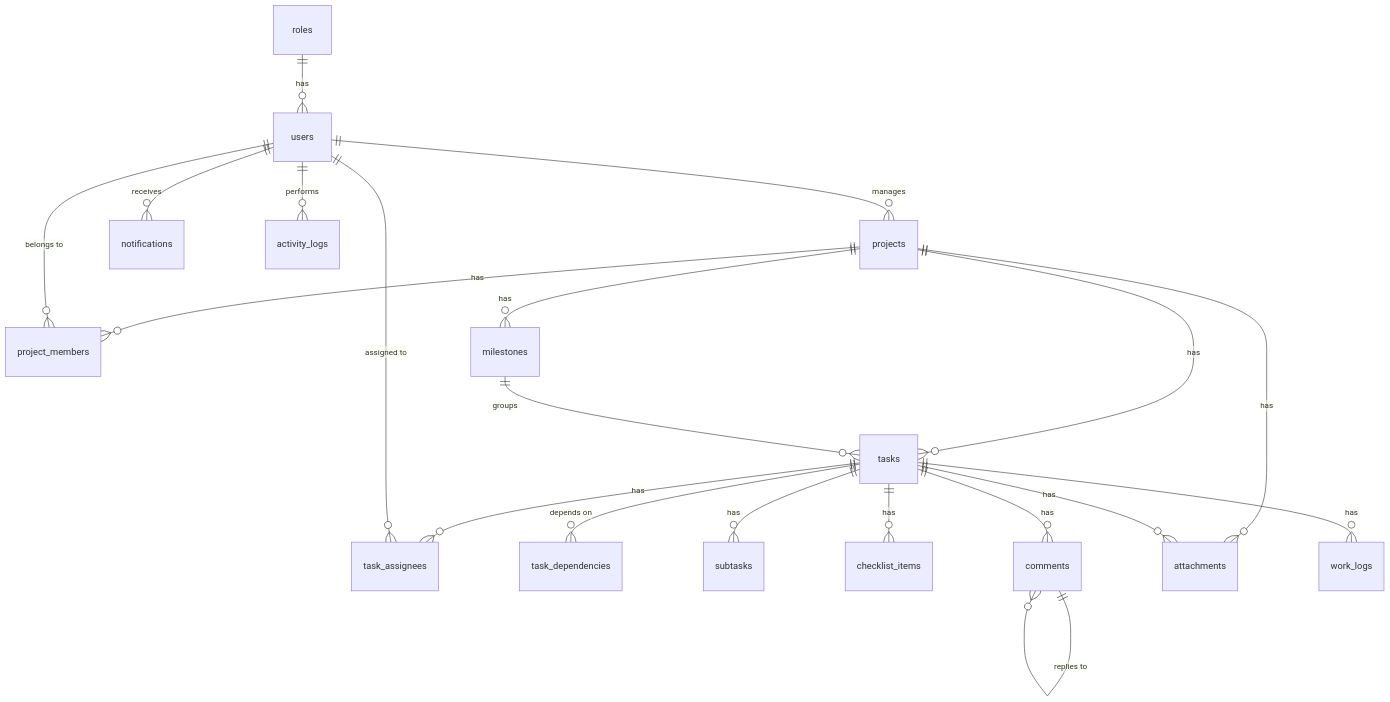
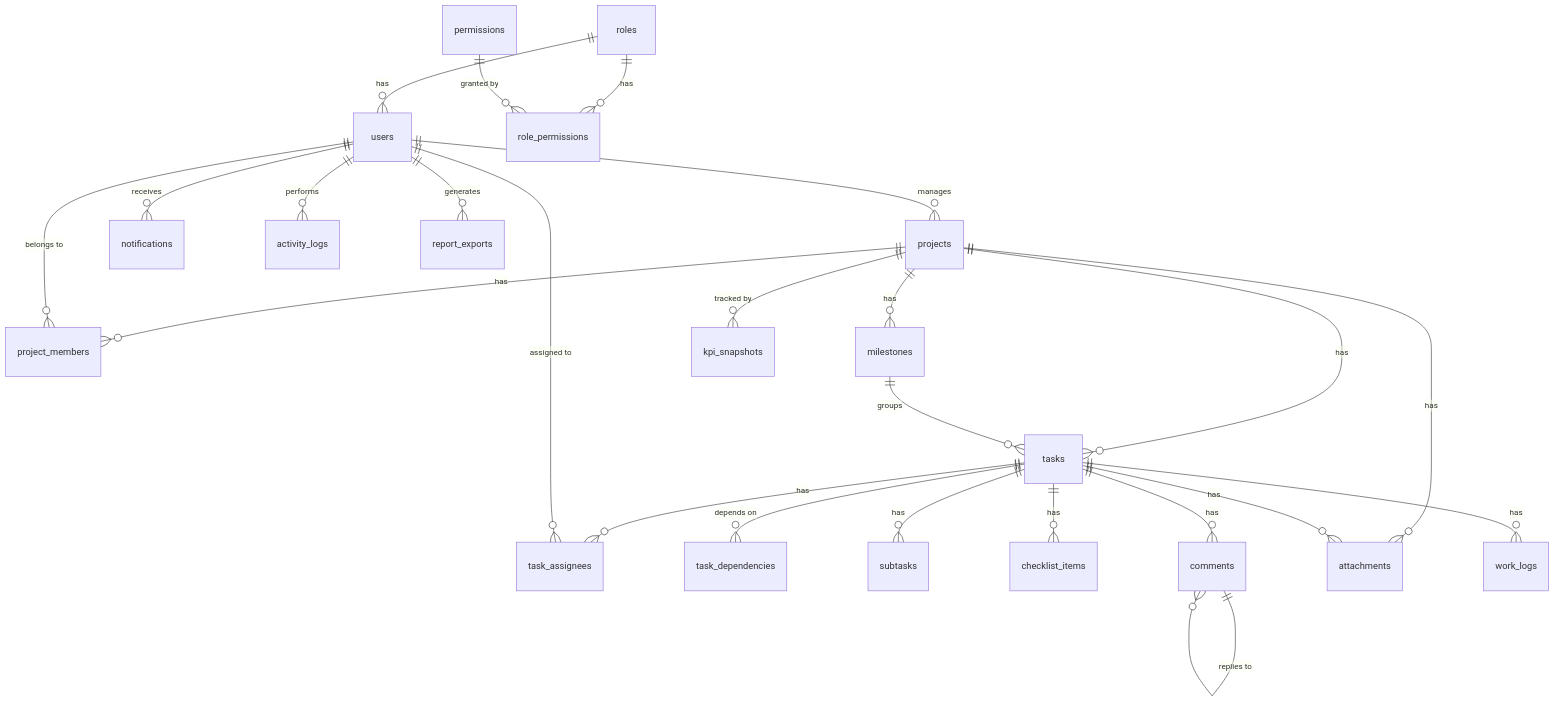
The diagram in database/README.md (SoksovannarithNao/ProjectManagementSystem), drawn with Mermaid before and after one commit. The commit also changed other lines of this file and 9 other files, not shown here.

````diff
--- a/database/README.md
+++ b/database/README.md
@@ -54,22 +54,26 @@
 ```mermaid
 erDiagram
     roles ||--o{ users : "has"
+    roles ||--o{ role_permissions : "has"
+    permissions ||--o{ role_permissions : "granted by"
     users ||--o{ projects : "manages"
     projects ||--o{ project_members : "has"
     users ||--o{ project_members : "belongs to"
     projects ||--o{ milestones : "has"
     projects ||--o{ tasks : "has"
     milestones ||--o{ tasks : "groups"
     tasks ||--o{ task_assignees : "has"
     users ||--o{ task_assignees : "assigned to"
     tasks ||--o{ task_dependencies : "depends on"
     tasks ||--o{ subtasks : "has"
     tasks ||--o{ checklist_items : "has"
     tasks ||--o{ comments : "has"
     comments ||--o{ comments : "replies to"
     projects ||--o{ attachments : "has"
     tasks ||--o{ attachments : "has"
     tasks ||--o{ work_logs : "has"
     users ||--o{ notifications : "receives"
     users ||--o{ activity_logs : "performs"
+    users ||--o{ report_exports : "generates"
+    projects ||--o{ kpi_snapshots : "tracked by"
 ```
````
